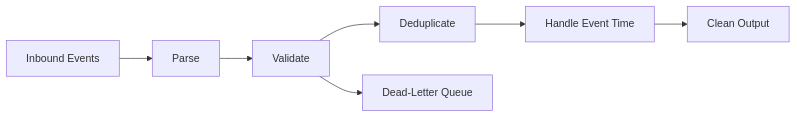
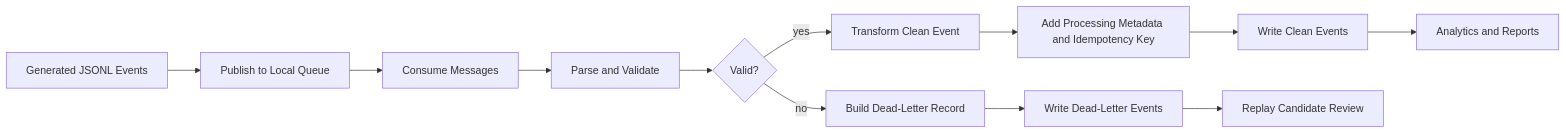
One commit to Ibraheemolasupogit/gcp-realtime-data-engineering-platform changed the diagram in diagrams/streaming_pipeline.mmd. Above: the diagram before and after it, drawn with Mermaid. The commit also changed 13 other files, not shown here.

```diff
--- a/diagrams/streaming_pipeline.mmd
+++ b/diagrams/streaming_pipeline.mmd
@@ -1,7 +1,12 @@
 flowchart LR
-    A["Inbound Events"] --> B["Parse"]
-    B --> C["Validate"]
-    C --> D["Deduplicate"]
-    D --> E["Handle Event Time"]
-    E --> F["Clean Output"]
-    C --> G["Dead-Letter Queue"]
+    A["Generated JSONL Events"] --> B["Publish to Local Queue"]
+    B --> C["Consume Messages"]
+    C --> D["Parse and Validate"]
+    D --> E{"Valid?"}
+    E -->|"yes"| F["Transform Clean Event"]
+    F --> G["Add Processing Metadata and Idempotency Key"]
+    G --> H["Write Clean Events"]
+    E -->|"no"| I["Build Dead-Letter Record"]
+    I --> J["Write Dead-Letter Events"]
+    H --> K["Analytics and Reports"]
+    J --> L["Replay Candidate Review"]
```
